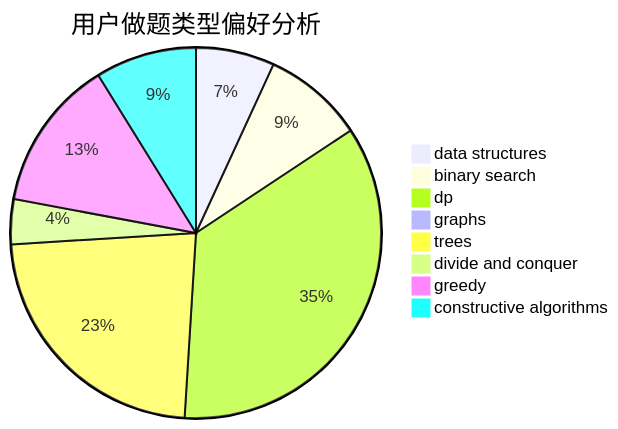
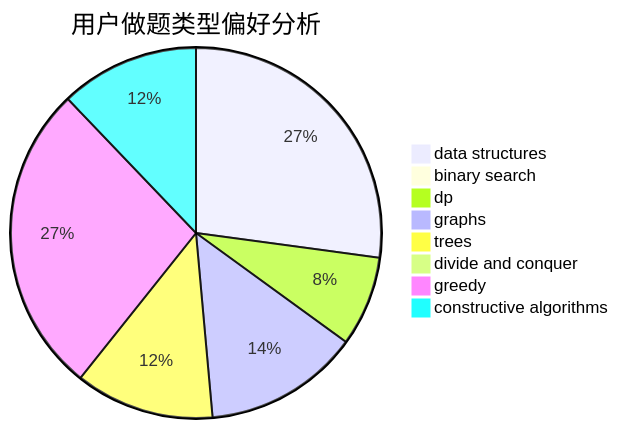
The second of 3 diagrams in docs/user/u2716.md (sherpahu/cfrs.github.io), drawn with Mermaid before and after one commit. The commit also changed other lines of this file and 2770 other files, not shown here.

````diff
--- a/docs/user/u2716.md
+++ b/docs/user/u2716.md
@@ -23,11 +23,11 @@
 ```mermaid
 pie title 用户做题类型偏好分析
-    "data structures" :  14
-    "binary search" :  18
-    "dp" :  72
-    "graphs" :  2
-    "trees" :  47
-    "divide and conquer" :  8
-    "greedy" :  27
-    "constructive algorithms" :  18
+    "data structures" :  38
+    "binary search" :  0
+    "dp" :  11
+    "graphs" :  19
+    "trees" :  17
+    "divide and conquer" :  0
+    "greedy" :  38
+    "constructive algorithms" :  17
 ```
````
